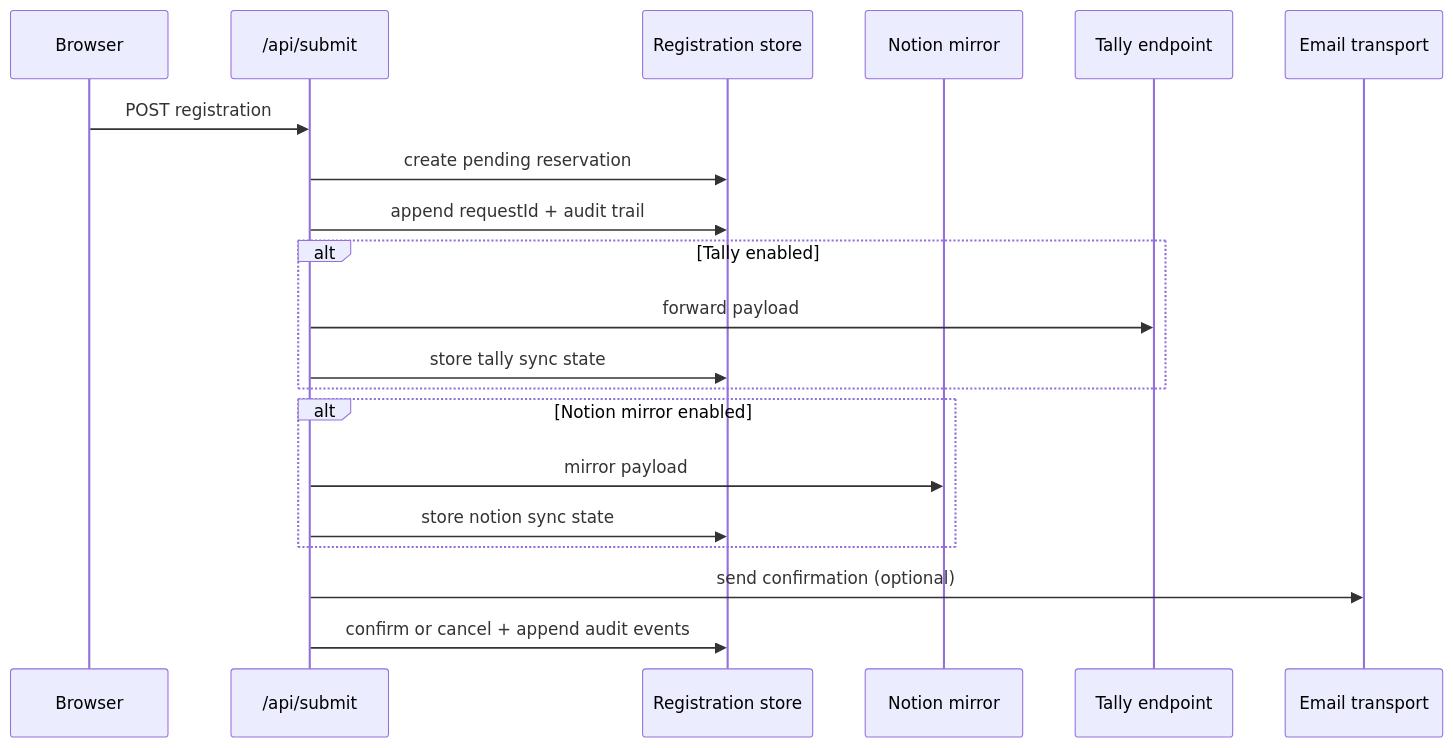
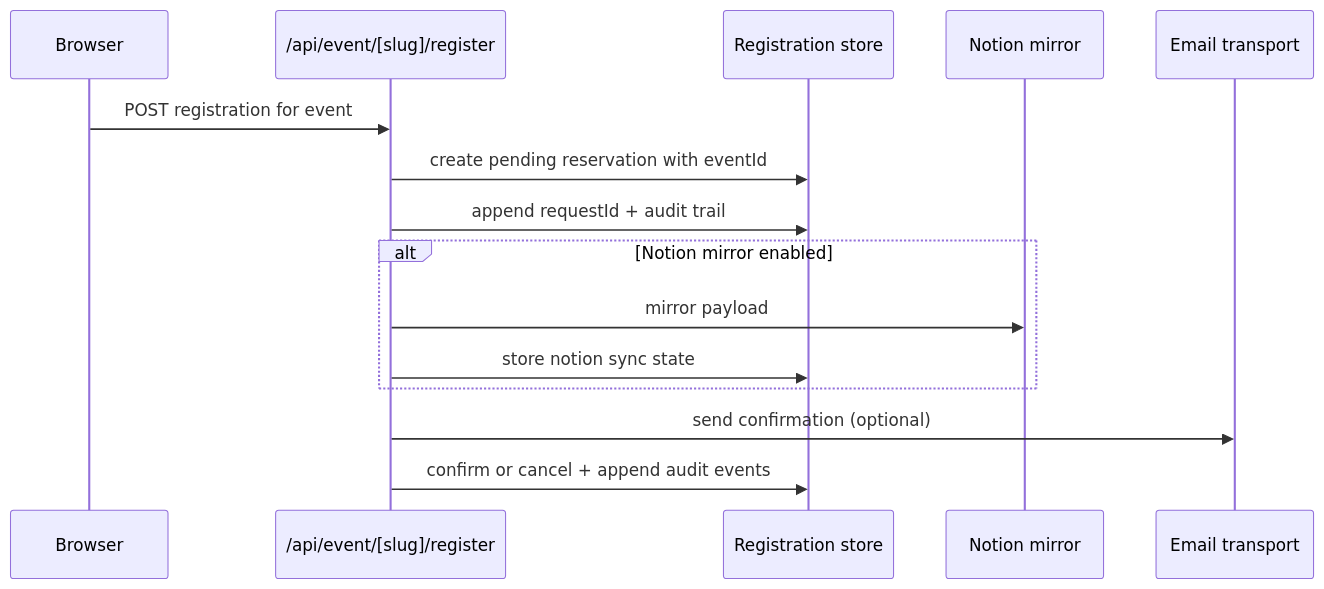
The third of 3 diagrams in docs/admin-data-flow.md (pwen0329/book-digest-web), drawn with Mermaid before and after one commit. The commit also changed other lines of this file and 4 other files, not shown here.

````diff
--- a/docs/admin-data-flow.md
+++ b/docs/admin-data-flow.md
@@ -75,23 +70,18 @@
 ```mermaid
 sequenceDiagram
   participant Browser as Browser
-  participant API as /api/submit
+  participant API as /api/event/[slug]/register
   participant Truth as Registration store
   participant Notion as Notion mirror
-  participant Tally as Tally endpoint
   participant Email as Email transport
 
-  Browser->>API: POST registration
-  API->>Truth: create pending reservation
+  Browser->>API: POST registration for event
+  API->>Truth: create pending reservation with eventId
   API->>Truth: append requestId + audit trail
-  alt Tally enabled
-    API->>Tally: forward payload
-    API->>Truth: store tally sync state
-  end
   alt Notion mirror enabled
     API->>Notion: mirror payload
     API->>Truth: store notion sync state
   end
   API->>Email: send confirmation (optional)
   API->>Truth: confirm or cancel + append audit events
 ```
````
